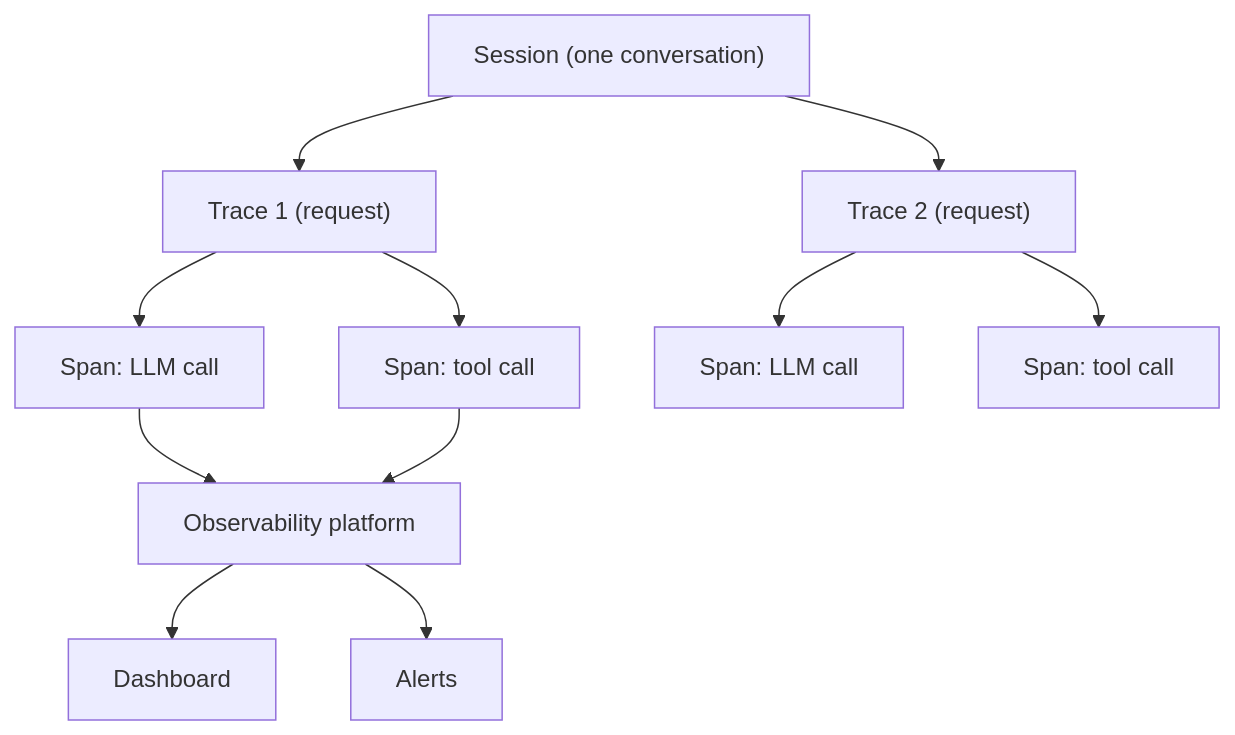
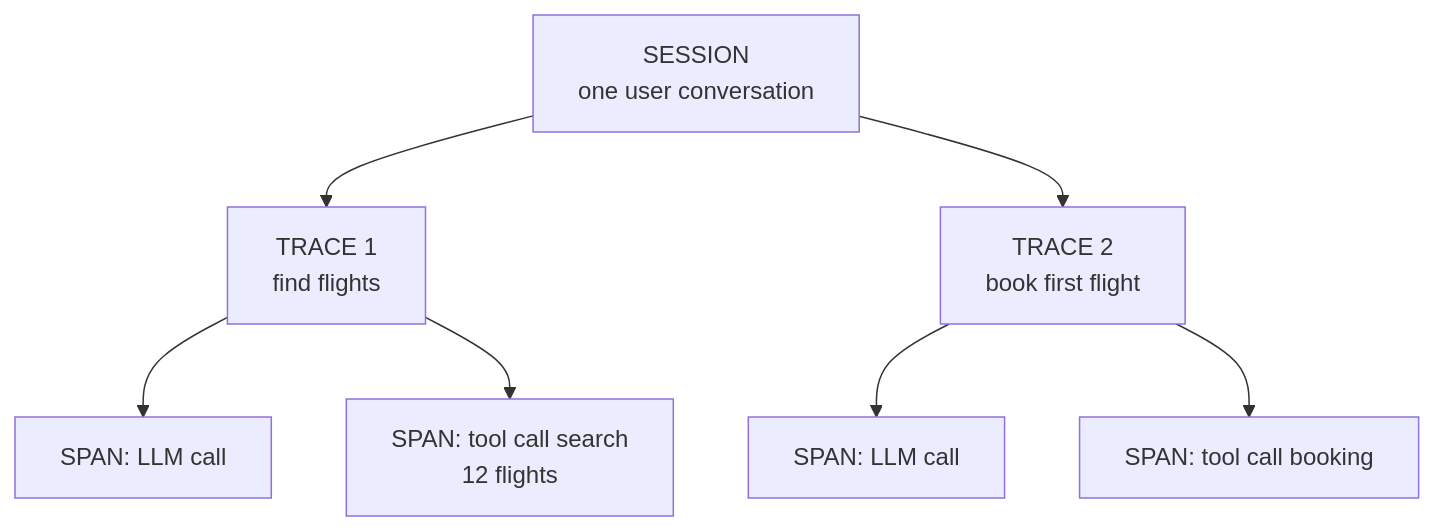
One commit to kaisarnajar/outcome-school-blogs changed the first of 2 diagrams in notes/step-13-evaluation-and-observability/168-ai-agent-observability.md. Above: the diagram before and after it, drawn with Mermaid. The commit also changed other lines of this file and 233 other files, not shown here.

````diff
--- a/notes/step-13-evaluation-and-observability/168-ai-agent-observability.md
+++ b/notes/step-13-evaluation-and-observability/168-ai-agent-observability.md
@@ -46,13 +40,9 @@
 ```mermaid
 flowchart TD
-    S["Session (one conversation)"] --> T1["Trace 1 (request)"]
-    S --> T2["Trace 2 (request)"]
-    T1 --> P1["Span: LLM call"]
-    T1 --> P2["Span: tool call"]
-    T2 --> P3["Span: LLM call"]
-    T2 --> P4["Span: tool call"]
-    P1 --> PL["Observability platform"]
-    P2 --> PL
-    PL --> D["Dashboard"]
-    PL --> A["Alerts"]
+    S0["SESSION<br/>one user conversation"] --> T1["TRACE 1<br/>find flights"]
+    S0 --> T2["TRACE 2<br/>book first flight"]
+    T1 --> P1["SPAN: LLM call"]
+    T1 --> P2["SPAN: tool call search<br/>12 flights"]
+    T2 --> P3["SPAN: LLM call"]
+    T2 --> P4["SPAN: tool call booking"]
 ```
````
